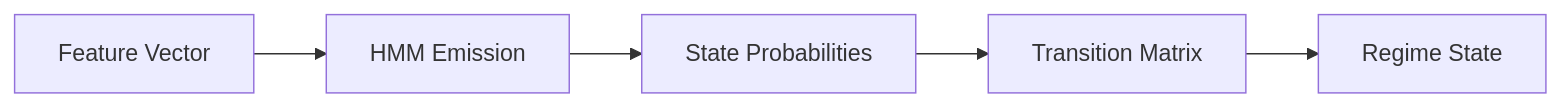
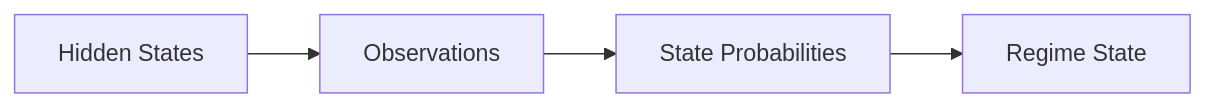
The diagram in docs/explanation/hmm-math.md (gregorian-09/regime-flow), drawn with Mermaid before and after one commit. The commit also changed other lines of this file and 58 other files, not shown here.

````diff
--- a/docs/explanation/hmm-math.md
+++ b/docs/explanation/hmm-math.md
@@ -17,7 +7,6 @@
 ```mermaid
 flowchart LR
-  A[Feature Vector] --> B[HMM Emission]
+  A[Hidden States] --> B[Observations]
   B --> C[State Probabilities]
-  C --> D[Transition Matrix]
-  D --> E[Regime State]
+  C --> D[Regime State]
 ```
````
